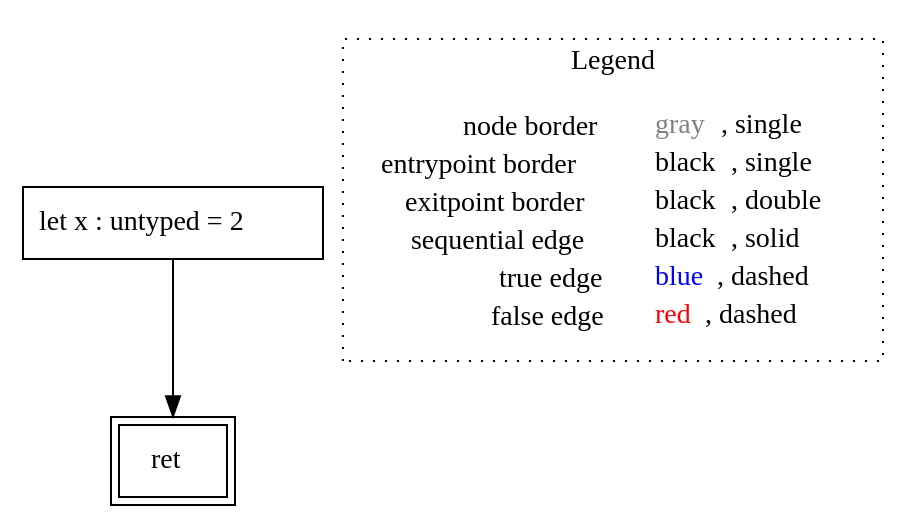
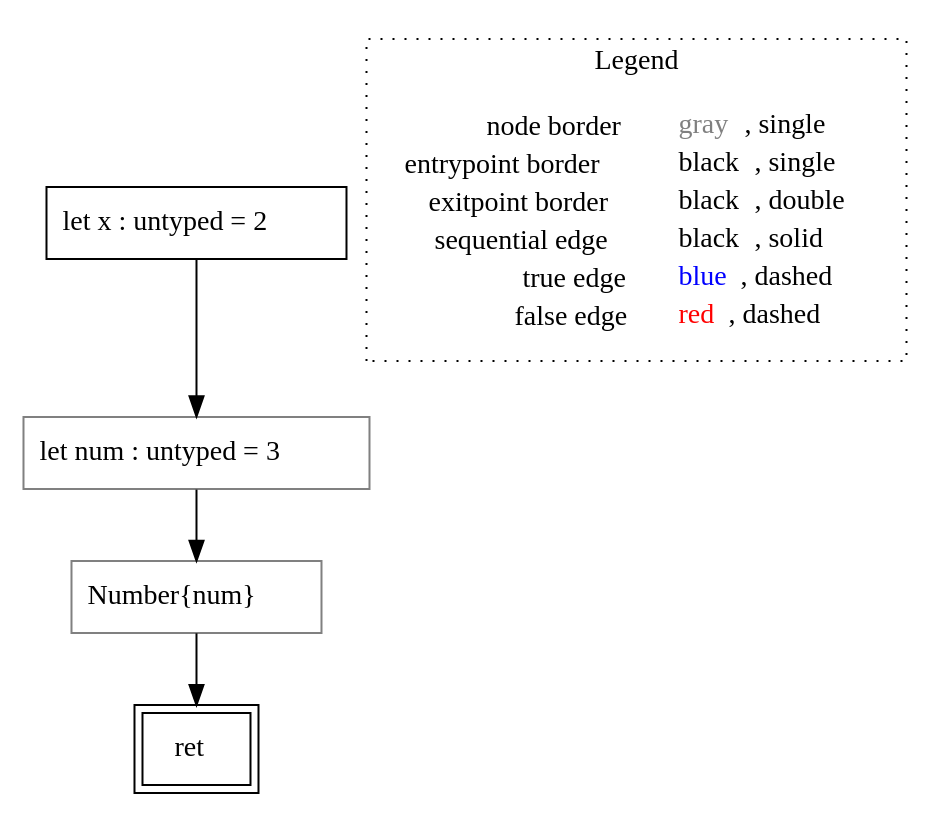
The diagram in rust-lisa/rust-testcases/cfg/struct-parsing/()_rust-testcases_cfg_struct-parsing_struct-parsing.rs.main().dot (VincenzoArceri/rust-lisa), drawn with Graphviz before and after one commit. The commit also changed 29 other files, not shown here.

```diff
--- a/rust-lisa/rust-testcases/cfg/struct-parsing/()_rust-testcases_cfg_struct-parsing_struct-parsing.rs.main().dot
+++ b/rust-lisa/rust-testcases/cfg/struct-parsing/()_rust-testcases_cfg_struct-parsing_struct-parsing.rs.main().dot
@@ -1,12 +1,16 @@
 digraph {
 	"node0" [shape="rect",color="black",label=<let x : untyped = 2>];
-	"node1" [shape="rect",color="black",peripheries="2",label=<ret>];
-	"node0" -> "node1" [color="black"];
+	"node1" [shape="rect",color="gray",label=<Number{num}>];
+	"node2" [shape="rect",color="gray",label=<let num : untyped = 3>];
+	"node3" [shape="rect",color="black",peripheries="2",label=<ret>];
+	"node1" -> "node3" [color="black"];
+	"node0" -> "node2" [color="black"];
+	"node2" -> "node1" [color="black"];
 subgraph cluster_legend {
 	label="Legend";
 	style=dotted;
 	node [shape=plaintext];
 	"legend" [label=<<table border="0" cellpadding="2" cellspacing="0" cellborder="0"><tr><td align="right">node border&nbsp;</td><td align="left"><font color="gray">gray</font>, single</td></tr><tr><td align="right">entrypoint border&nbsp;</td><td align="left"><font color="black">black</font>, single</td></tr><tr><td align="right">exitpoint border&nbsp;</td><td align="left"><font color="black">black</font>, double</td></tr><tr><td align="right">sequential edge&nbsp;</td><td align="left"><font color="black">black</font>, solid</td></tr><tr><td align="right">true edge&nbsp;</td><td align="left"><font color="blue">blue</font>, dashed</td></tr><tr><td align="right">false edge&nbsp;</td><td align="left"><font color="red">red</font>, dashed</td></tr></table>>];
 }
 
 }
```
